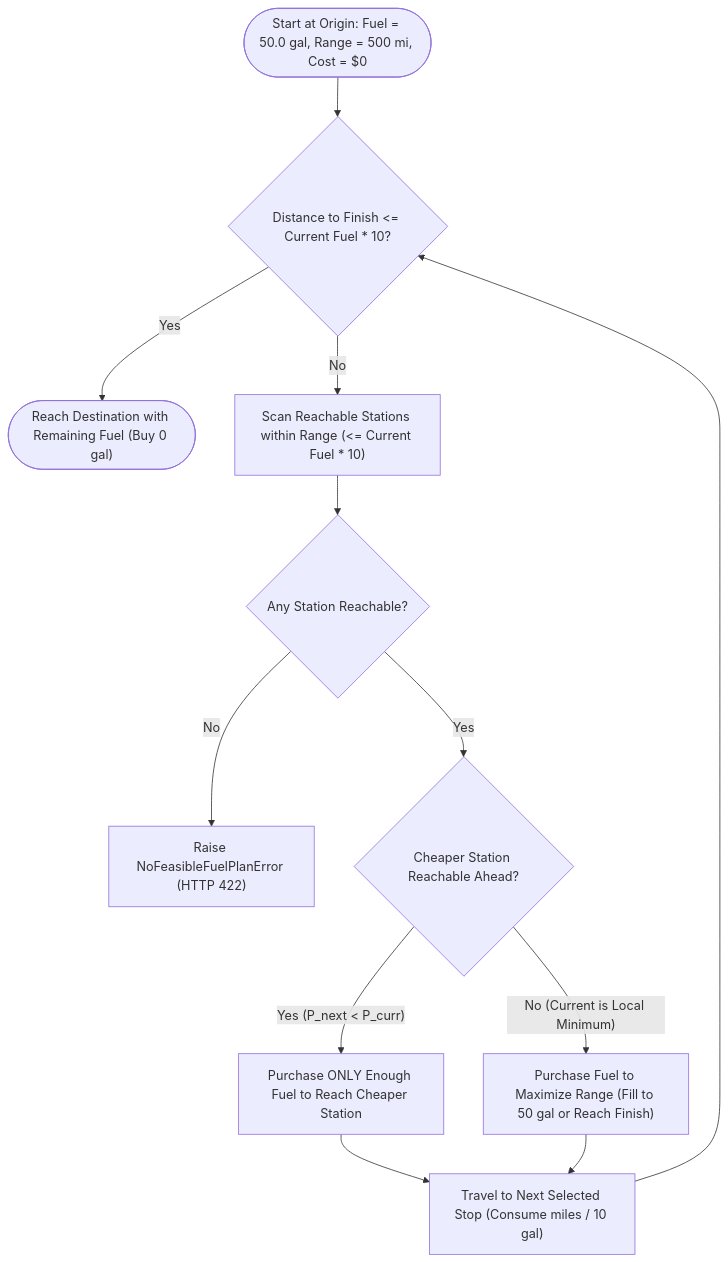
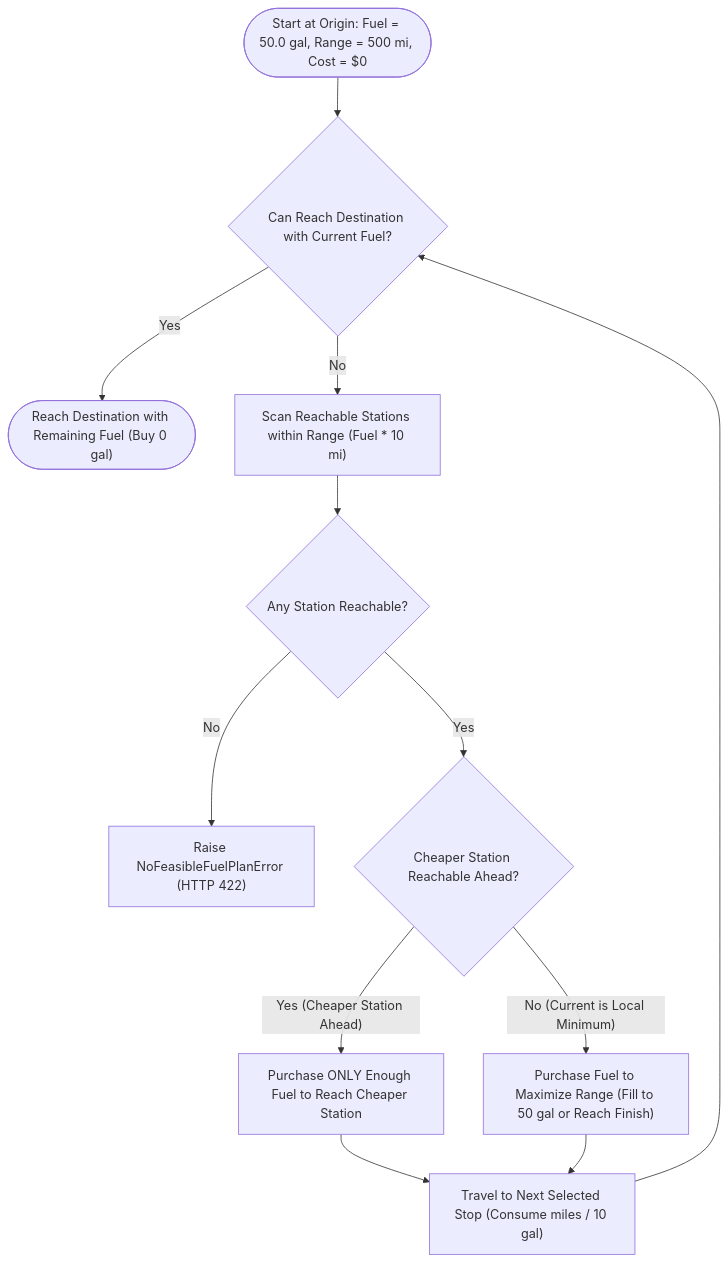
The third of 3 diagrams in README.md (dp177/fuel_routing), drawn with Mermaid before and after one commit. The commit also changed other lines of this file, not shown here.

Commit message:
Fix Mermaid sequence diagram actor keyword conflict and quote subgraph labels

````diff
--- a/README.md
+++ b/README.md
@@ -94,17 +94,17 @@
 ```mermaid
 flowchart TD
-    Start(["Start at Origin: Fuel = 50.0 gal, Range = 500 mi, Cost = $0"]) --> CheckDest{"Distance to Finish <= Current Fuel * 10?"}
+    Start(["Start at Origin: Fuel = 50.0 gal, Range = 500 mi, Cost = $0"]) --> CheckDest{"Can Reach Destination with Current Fuel?"}
     CheckDest -- Yes --> Finish(["Reach Destination with Remaining Fuel (Buy 0 gal)"])
-    CheckDest -- No --> FindReachable["Scan Reachable Stations within Range (<= Current Fuel * 10)"]
+    CheckDest -- No --> FindReachable["Scan Reachable Stations within Range (Fuel * 10 mi)"]
     
     FindReachable --> HasReachable{"Any Station Reachable?"}
     HasReachable -- No --> Infeasible["Raise NoFeasibleFuelPlanError (HTTP 422)"]
     
     HasReachable -- Yes --> Lookahead{"Cheaper Station Reachable Ahead?"}
-    Lookahead -- "Yes (P_next < P_curr)" --> BuyMin["Purchase ONLY Enough Fuel to Reach Cheaper Station"]
+    Lookahead -- "Yes (Cheaper Station Ahead)" --> BuyMin["Purchase ONLY Enough Fuel to Reach Cheaper Station"]
     Lookahead -- "No (Current is Local Minimum)" --> FillTank["Purchase Fuel to Maximize Range (Fill to 50 gal or Reach Finish)"]
     
     BuyMin --> MoveToNext["Travel to Next Selected Stop (Consume miles / 10 gal)"]
     FillTank --> MoveToNext
     MoveToNext --> CheckDest
 ```
````
